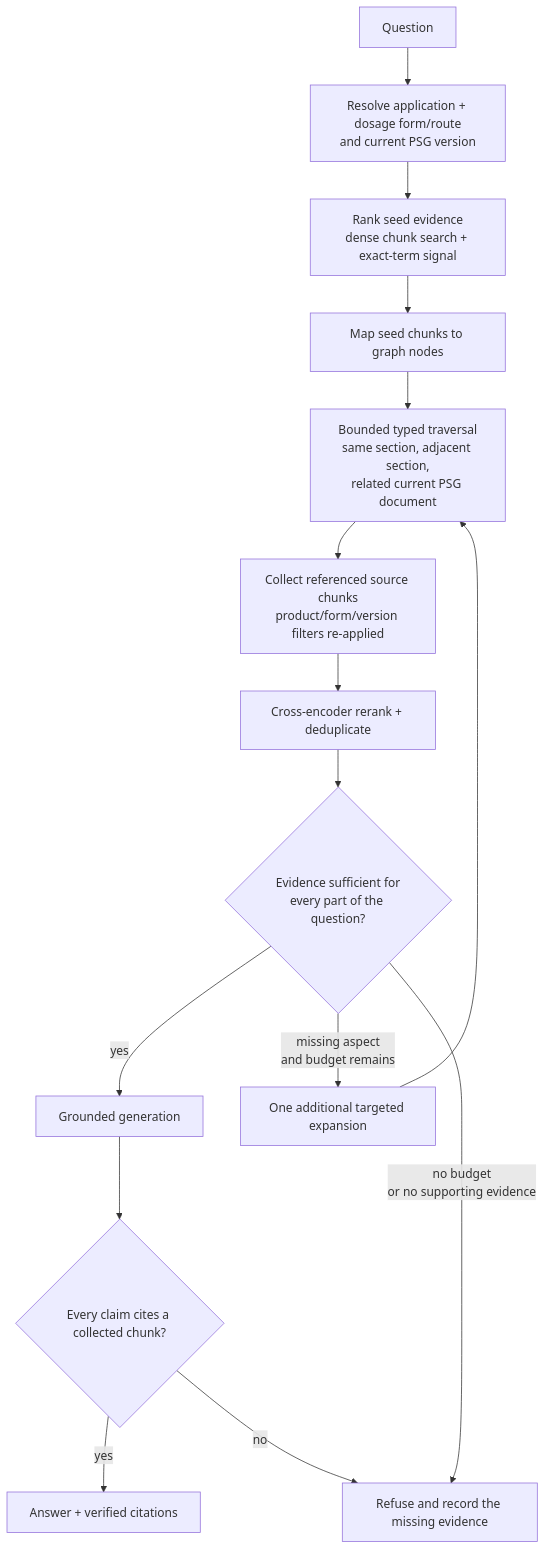
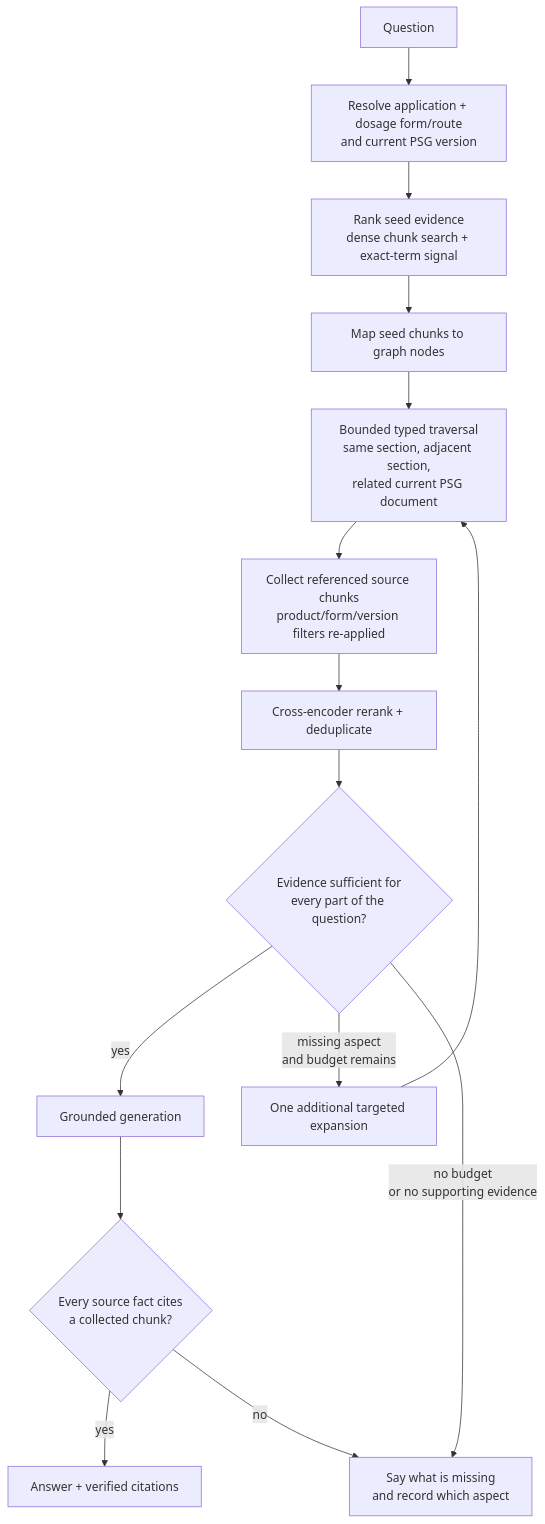
The diagram in docs/GRAPH_ASSISTED_RETRIEVAL.md (Hussain0327/amneal), drawn with Mermaid before and after one commit. The commit also changed other lines of this file and 50 other files, not shown here.

````diff
--- a/docs/GRAPH_ASSISTED_RETRIEVAL.md
+++ b/docs/GRAPH_ASSISTED_RETRIEVAL.md
@@ -54,17 +65,17 @@
 ```mermaid
 flowchart TD
     Q["Question"] --> SCOPE["Resolve application + dosage form/route<br/>and current PSG version"]
     SCOPE --> SEED["Rank seed evidence<br/>dense chunk search + exact-term signal"]
     SEED --> MAP["Map seed chunks to graph nodes"]
     MAP --> WALK["Bounded typed traversal<br/>same section, adjacent section,<br/>related current PSG document"]
     WALK --> COLLECT["Collect referenced source chunks<br/>product/form/version filters re-applied"]
     COLLECT --> RERANK["Cross-encoder rerank + deduplicate"]
     RERANK --> SUFF{"Evidence sufficient for<br/>every part of the question?"}
     SUFF -- "yes" --> SYNTH["Grounded generation"]
     SUFF -- "missing aspect<br/>and budget remains" --> EXPAND["One additional targeted expansion"]
     EXPAND --> WALK
-    SUFF -- "no budget<br/>or no supporting evidence" --> REFUSE["Refuse and record the missing evidence"]
-    SYNTH --> VALID{"Every claim cites a collected chunk?"}
+    SUFF -- "no budget<br/>or no supporting evidence" --> GAP["Say what is missing<br/>and record which aspect"]
+    SYNTH --> VALID{"Every source fact cites<br/>a collected chunk?"}
     VALID -- "yes" --> ANSWER["Answer + verified citations"]
-    VALID -- "no" --> REFUSE
+    VALID -- "no" --> GAP
 ```
````
